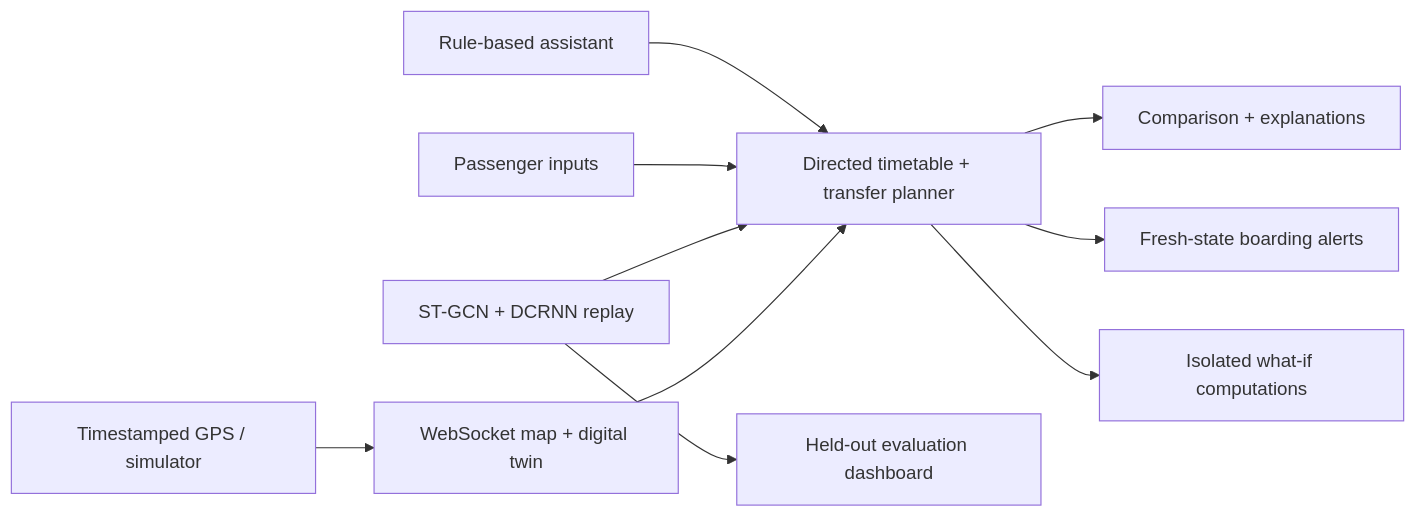
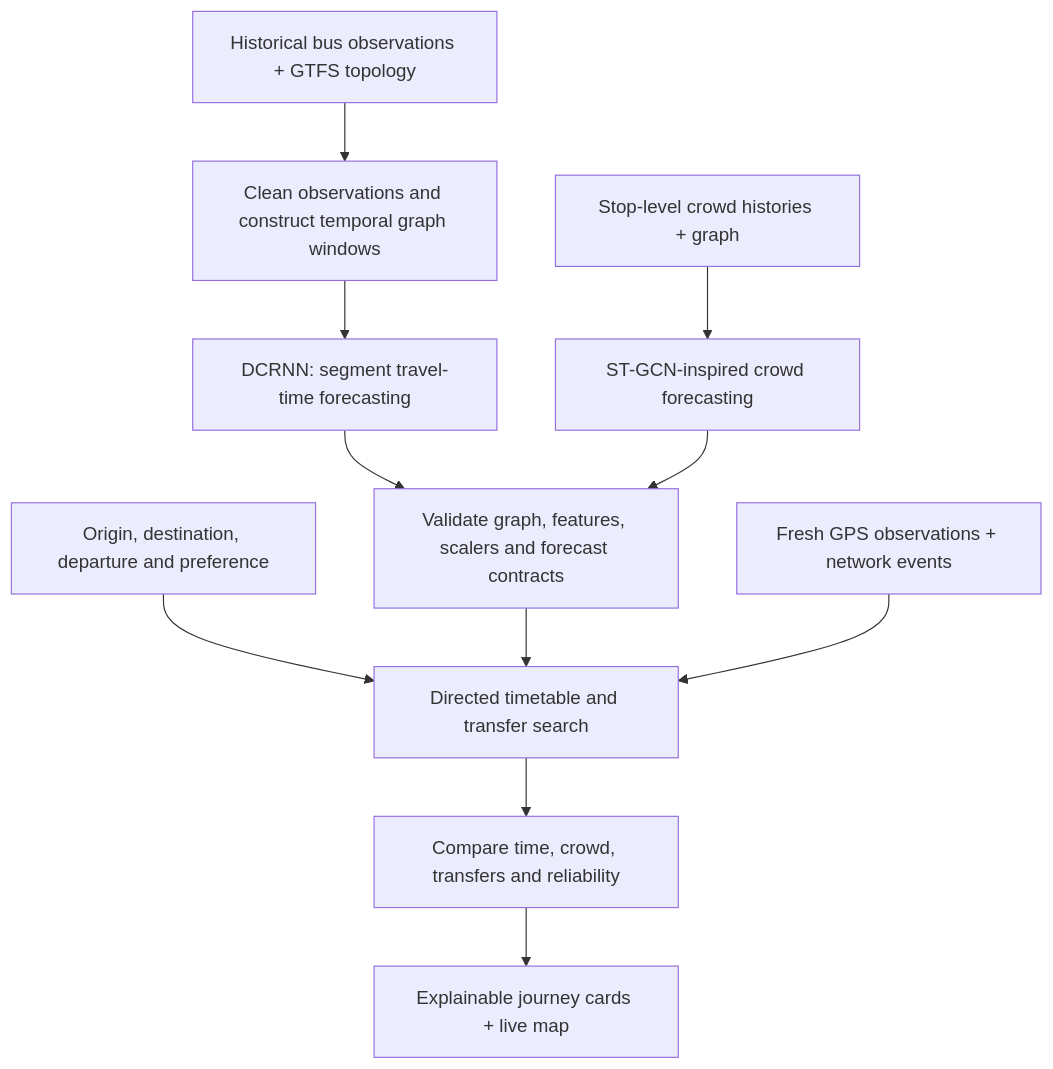
The diagram in README.md (Mrithula742/Busai), drawn with Mermaid before and after one commit. The commit also changed other lines of this file, not shown here.

````diff
--- a/README.md
+++ b/README.md
@@ -90,12 +49,13 @@
 ```mermaid
-flowchart LR
-  Assistant[Rule-based assistant] --> Planner[Directed timetable + transfer planner]
-  Input[Passenger inputs] --> Planner
-  Models[ST-GCN + DCRNN replay] --> Planner
-  GPS[Timestamped GPS / simulator] --> Twin[WebSocket map + digital twin]
-  Twin --> Planner
-  Planner --> Compare[Comparison + explanations]
-  Planner --> Alerts[Fresh-state boarding alerts]
-  Planner --> Studio[Isolated what-if computations]
-  Models --> Evidence[Held-out evaluation dashboard]
+flowchart TD
+    A[Historical bus observations + GTFS topology] --> B[Clean observations and construct temporal graph windows]
+    B --> C[DCRNN: segment travel-time forecasting]
+    D[Stop-level crowd histories + graph] --> E[ST-GCN-inspired crowd forecasting]
+    C --> F[Validate graph, features, scalers and forecast contracts]
+    E --> F
+    G[Origin, destination, departure and preference] --> H[Directed timetable and transfer search]
+    F --> H
+    I[Fresh GPS observations + network events] --> H
+    H --> J[Compare time, crowd, transfers and reliability]
+    J --> K[Explainable journey cards + live map]
 ```
````
